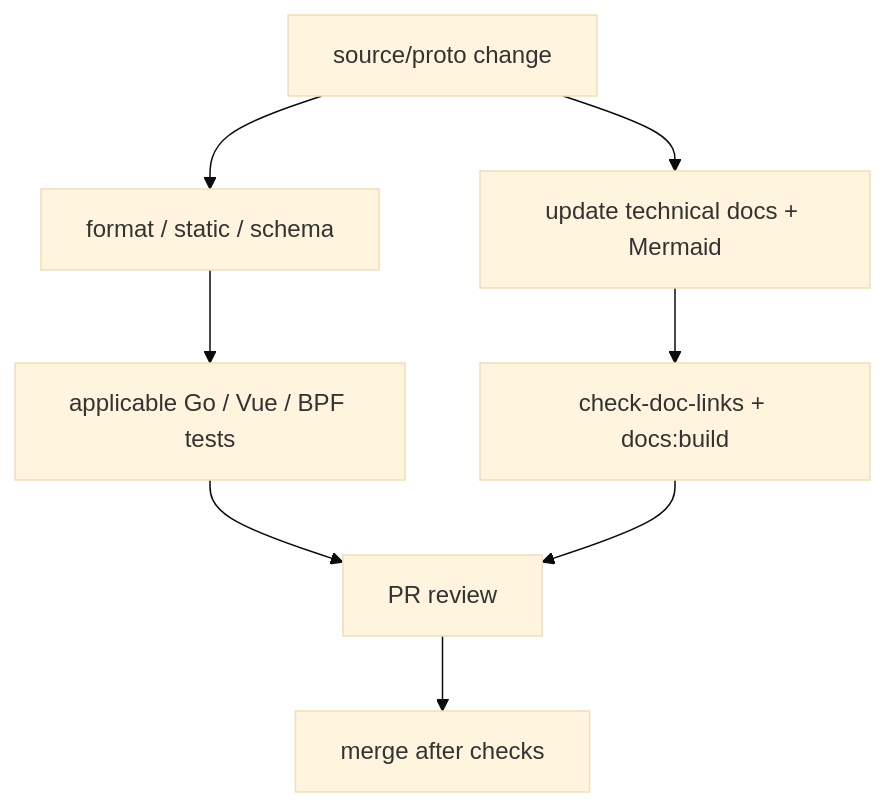
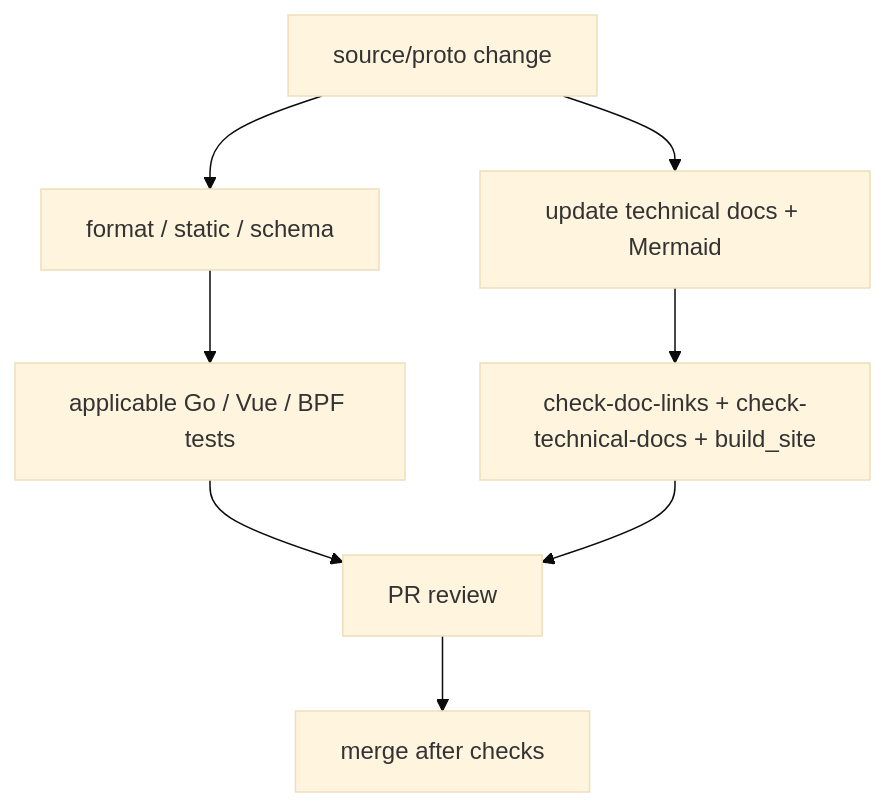
Before and after one commit to stevessr/agent-ebpf-filter: the third of 3 diagrams in docs/technical/build-verify.md, drawn with Mermaid (base theme). The commit also changed other lines of this file and 1 other file, not shown here.

````diff
--- a/docs/technical/build-verify.md
+++ b/docs/technical/build-verify.md
@@ -65,10 +65,10 @@
 ```mermaid
 flowchart TB
   Edit["source/proto change"] --> Lint["format / static / schema"]
   Edit --> Doc["update technical docs + Mermaid"]
   Lint --> CI["applicable Go / Vue / BPF tests"]
-  Doc --> Links["check-doc-links + docs:build"]
+  Doc --> Links["check-doc-links + check-technical-docs + build_site"]
   CI --> Review["PR review"]
   Links --> Review
   Review --> Merge["merge after checks"]
 ```
````
